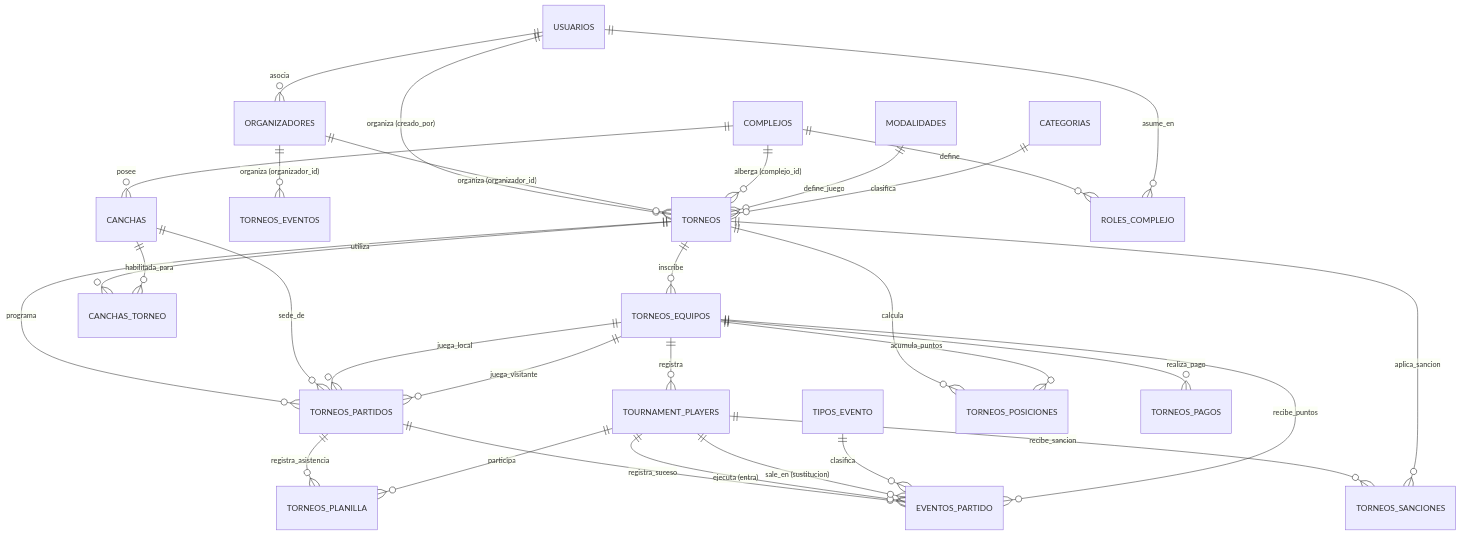
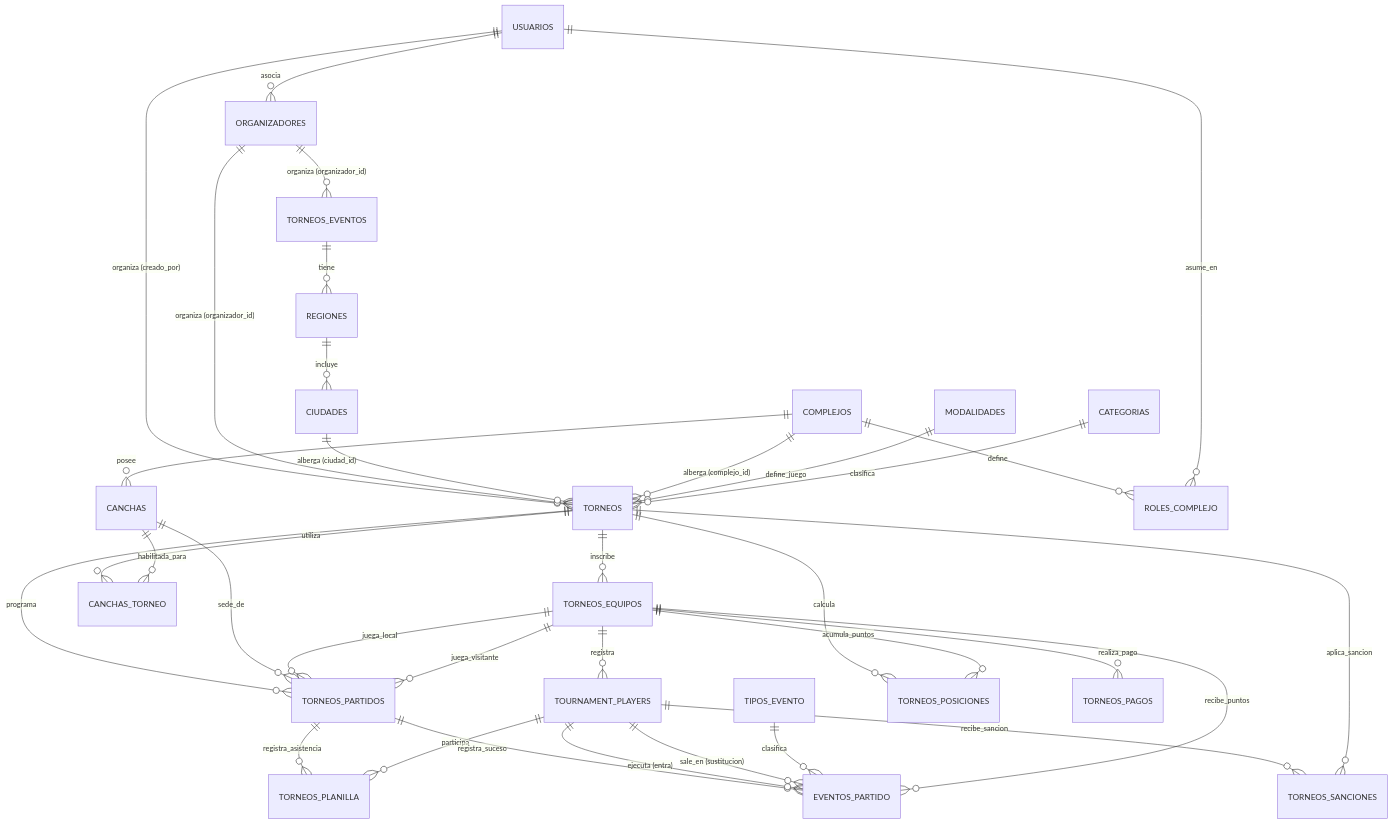
Before and after one commit to lprafael/sist_base: the diagram in MER_TORNEOS_DEPORTIVOS.md, drawn with Mermaid. The commit also changed other lines of this file and 6 other files, not shown here.

````diff
--- a/MER_TORNEOS_DEPORTIVOS.md
+++ b/MER_TORNEOS_DEPORTIVOS.md
@@ -10,33 +10,36 @@
 ```mermaid
 erDiagram
     USUARIOS ||--o{ TORNEOS : "organiza (creado_por)"
     USUARIOS ||--o{ ORGANIZADORES : "asocia"
     ORGANIZADORES ||--o{ TORNEOS : "organiza (organizador_id)"
     ORGANIZADORES ||--o{ TORNEOS_EVENTOS : "organiza (organizador_id)"
+    TORNEOS_EVENTOS ||--o{ REGIONES : "tiene"
+    REGIONES ||--o{ CIUDADES : "incluye"
+    CIUDADES ||--o{ TORNEOS : "alberga (ciudad_id)"
     COMPLEJOS ||--o{ TORNEOS : "alberga (complejo_id)"
     COMPLEJOS ||--o{ CANCHAS : "posee"
     COMPLEJOS ||--o{ ROLES_COMPLEJO : "define"
     USUARIOS ||--o{ ROLES_COMPLEJO : "asume_en"
     MODALIDADES ||--o{ TORNEOS : "define_juego"
     CATEGORIAS ||--o{ TORNEOS : "clasifica"
     TORNEOS ||--o{ TORNEOS_EQUIPOS : "inscribe"
     TORNEOS_EQUIPOS ||--o{ TOURNAMENT_PLAYERS : "registra"
     TORNEOS ||--o{ TORNEOS_PARTIDOS : "programa"
     CANCHAS ||--o{ TORNEOS_PARTIDOS : "sede_de"
     TORNEOS_EQUIPOS ||--o{ TORNEOS_PARTIDOS : "juega_local"
     TORNEOS_EQUIPOS ||--o{ TORNEOS_PARTIDOS : "juega_visitante"
     TORNEOS_PARTIDOS ||--o{ TORNEOS_PLANILLA : "registra_asistencia"
     TOURNAMENT_PLAYERS ||--o{ TORNEOS_PLANILLA : "participa"
     TORNEOS_PARTIDOS ||--o{ EVENTOS_PARTIDO : "registra_suceso"
     TOURNAMENT_PLAYERS ||--o{ EVENTOS_PARTIDO : "ejecuta (entra)"
     TOURNAMENT_PLAYERS ||--o{ EVENTOS_PARTIDO : "sale_en (sustitucion)"
     TIPOS_EVENTO ||--o{ EVENTOS_PARTIDO : "clasifica"
     TORNEOS_EQUIPOS ||--o{ EVENTOS_PARTIDO : "recibe_puntos"
     TORNEOS ||--o{ TORNEOS_POSICIONES : "calcula"
     TORNEOS_EQUIPOS ||--o{ TORNEOS_POSICIONES : "acumula_puntos"
     TORNEOS ||--o{ CANCHAS_TORNEO : "utiliza"
     CANCHAS ||--o{ CANCHAS_TORNEO : "habilitada_para"
     TOURNAMENT_PLAYERS ||--o{ TORNEOS_SANCIONES : "recibe_sancion"
     TORNEOS ||--o{ TORNEOS_SANCIONES : "aplica_sancion"
     TORNEOS_EQUIPOS ||--o{ TORNEOS_PAGOS : "realiza_pago"
 ```
````
